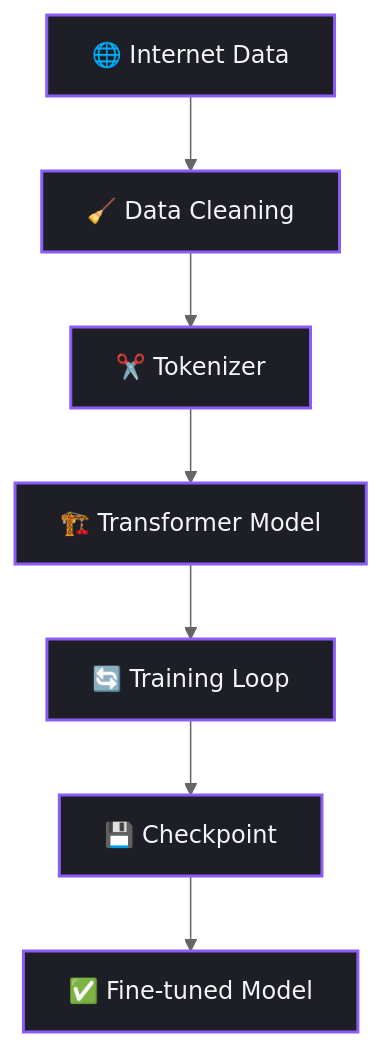
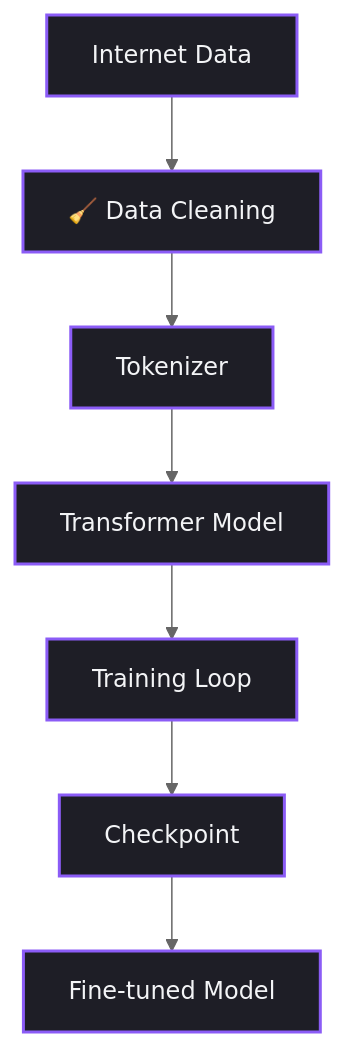
Before and after one commit to Rabetul-islam-asif/AI-Hand-Book: the fourth of 5 diagrams in handbook/chapter_32.md, drawn with Mermaid (neutral theme). The commit also changed other lines of this file and 1 other file, not shown here.

````diff
--- a/handbook/chapter_32.md
+++ b/handbook/chapter_32.md
@@ -179,10 +179,10 @@
 ```mermaid
 flowchart TD
-    A["🌐 Internet Data"] --> B["🧹 Data Cleaning"]
-    B --> C["✂️ Tokenizer"]
-    C --> D["🏗️ Transformer Model"]
-    D --> E["🔄 Training Loop"]
-    E --> F["💾 Checkpoint"]
-    F --> G["✅ Fine-tuned Model"]
+    A[" Internet Data"] --> B["🧹 Data Cleaning"]
+    B --> C[" Tokenizer"]
+    C --> D[" Transformer Model"]
+    D --> E[" Training Loop"]
+    E --> F[" Checkpoint"]
+    F --> G[" Fine-tuned Model"]
     classDef default fill:#1E1E26,stroke:#8B5CF6,stroke-width:2px,color:#F3F4F6;
 ```
````
